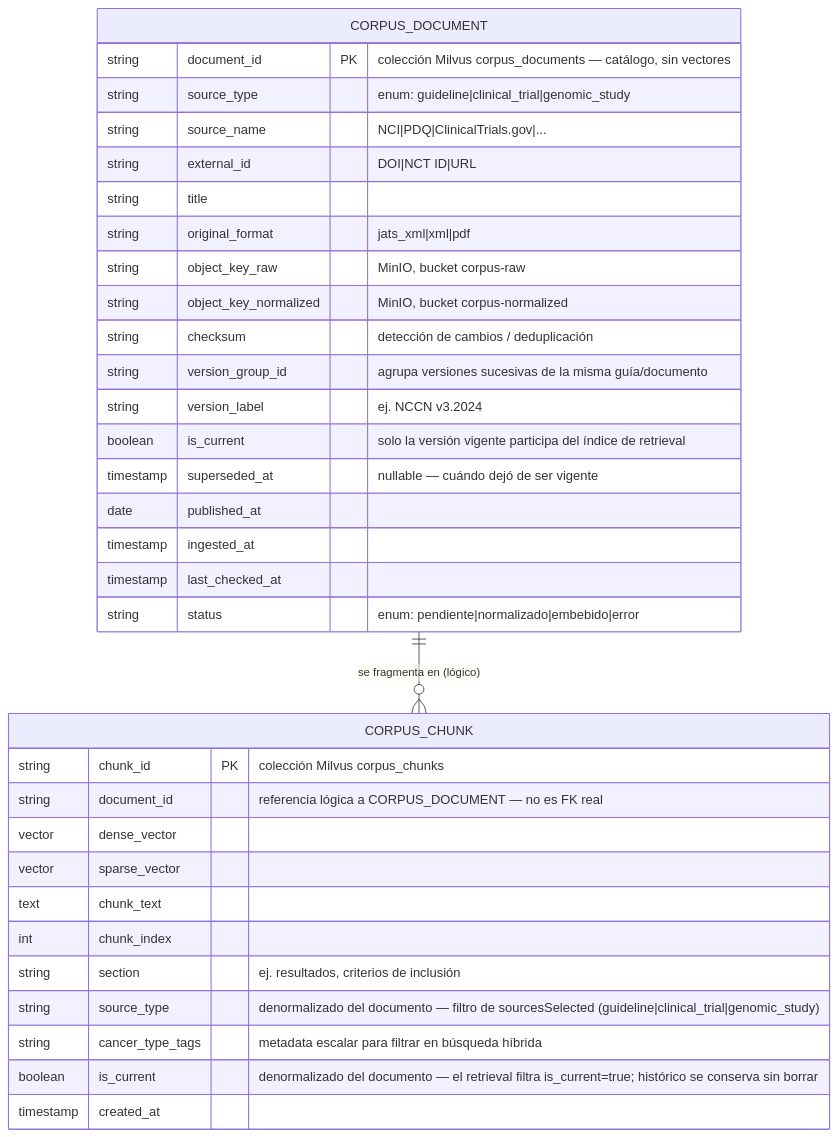
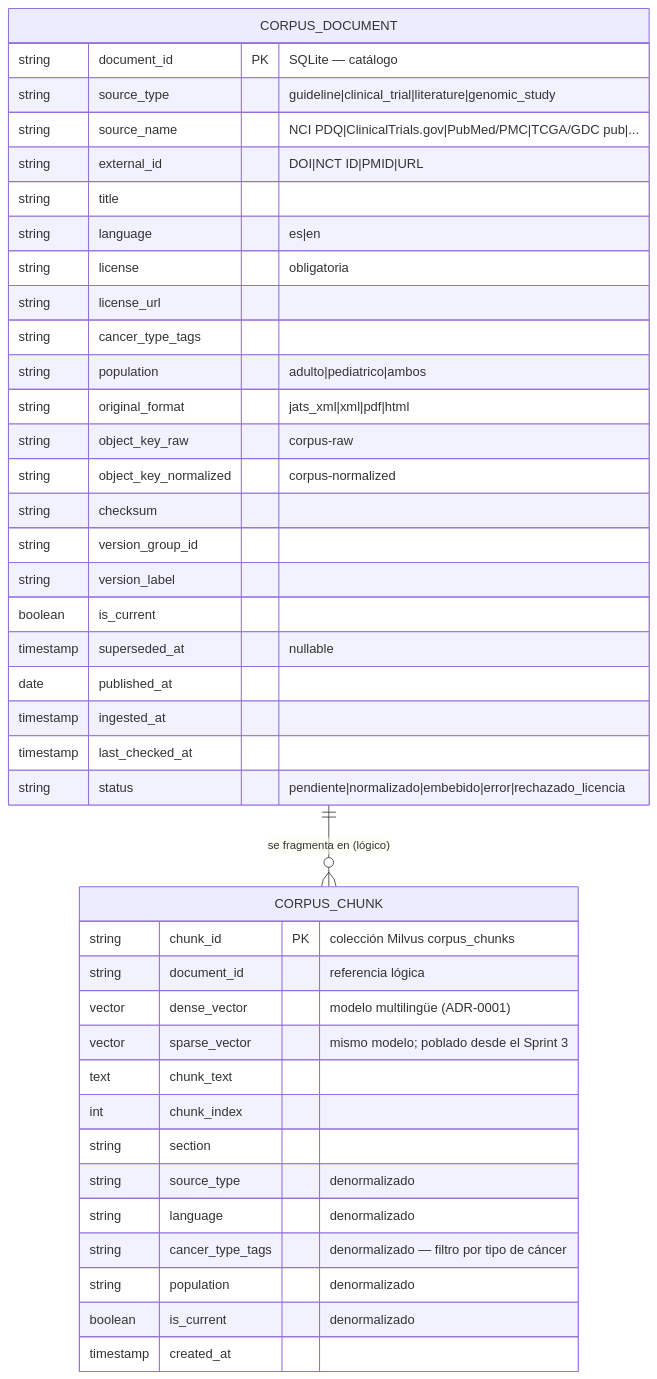
The seventh of 7 diagrams in readme.md (hatrickmario/OncoLens-Lab), drawn with Mermaid before and after one commit. The commit also changed other lines of this file and 1 other file, not shown here.

````diff
--- a/readme.md
+++ b/readme.md
@@ -612,38 +826,43 @@
 ```mermaid
 erDiagram
     CORPUS_DOCUMENT {
-        string document_id PK "colección Milvus corpus_documents — catálogo, sin vectores"
-        string source_type "enum: guideline|clinical_trial|genomic_study"
-        string source_name "NCI|PDQ|ClinicalTrials.gov|..."
-        string external_id "DOI|NCT ID|URL"
+        string document_id PK "SQLite — catálogo"
+        string source_type "guideline|clinical_trial|literature|genomic_study"
+        string source_name "NCI PDQ|ClinicalTrials.gov|PubMed/PMC|TCGA/GDC pub|..."
+        string external_id "DOI|NCT ID|PMID|URL"
         string title
-        string original_format "jats_xml|xml|pdf"
-        string object_key_raw "MinIO, bucket corpus-raw"
-        string object_key_normalized "MinIO, bucket corpus-normalized"
-        string checksum "detección de cambios / deduplicación"
-        string version_group_id "agrupa versiones sucesivas de la misma guía/documento"
-        string version_label "ej. NCCN v3.2024"
-        boolean is_current "solo la versión vigente participa del índice de retrieval"
-        timestamp superseded_at "nullable — cuándo dejó de ser vigente"
+        string language "es|en"
+        string license "obligatoria"
+        string license_url
+        string cancer_type_tags
+        string population "adulto|pediatrico|ambos"
+        string original_format "jats_xml|xml|pdf|html"
+        string object_key_raw "corpus-raw"
+        string object_key_normalized "corpus-normalized"
+        string checksum
+        string version_group_id
+        string version_label
+        boolean is_current
+        timestamp superseded_at "nullable"
         date published_at
         timestamp ingested_at
         timestamp last_checked_at
-        string status "enum: pendiente|normalizado|embebido|error"
+        string status "pendiente|normalizado|embebido|error|rechazado_licencia"
     }
-
     CORPUS_CHUNK {
         string chunk_id PK "colección Milvus corpus_chunks"
-        string document_id "referencia lógica a CORPUS_DOCUMENT — no es FK real"
-        vector dense_vector
-        vector sparse_vector
+        string document_id "referencia lógica"
+        vector dense_vector "modelo multilingüe (ADR-0001)"
+        vector sparse_vector "mismo modelo; poblado desde el Sprint 3"
         text chunk_text
         int chunk_index
-        string section "ej. resultados, criterios de inclusión"
-        string source_type "denormalizado del documento — filtro de sourcesSelected (guideline|clinical_trial|genomic_study)"
-        string cancer_type_tags "metadata escalar para filtrar en búsqueda híbrida"
-        boolean is_current "denormalizado del documento — el retrieval filtra is_current=true; histórico se conserva sin borrar"
+        string section
+        string source_type "denormalizado"
+        string language "denormalizado"
+        string cancer_type_tags "denormalizado — filtro por tipo de cáncer"
+        string population "denormalizado"
+        boolean is_current "denormalizado"
         timestamp created_at
     }
-
     CORPUS_DOCUMENT ||--o{ CORPUS_CHUNK : "se fragmenta en (lógico)"
 ```
````
